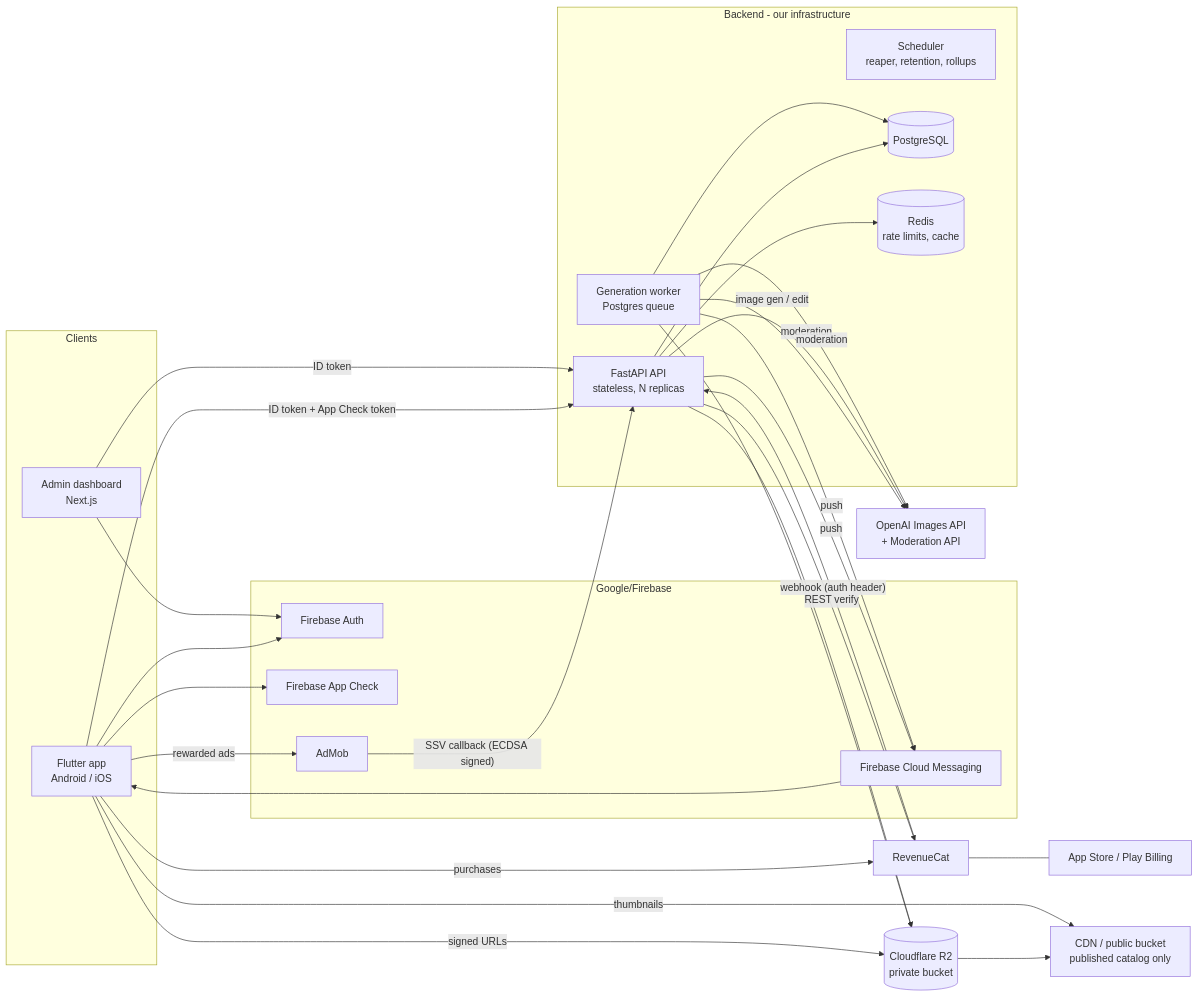
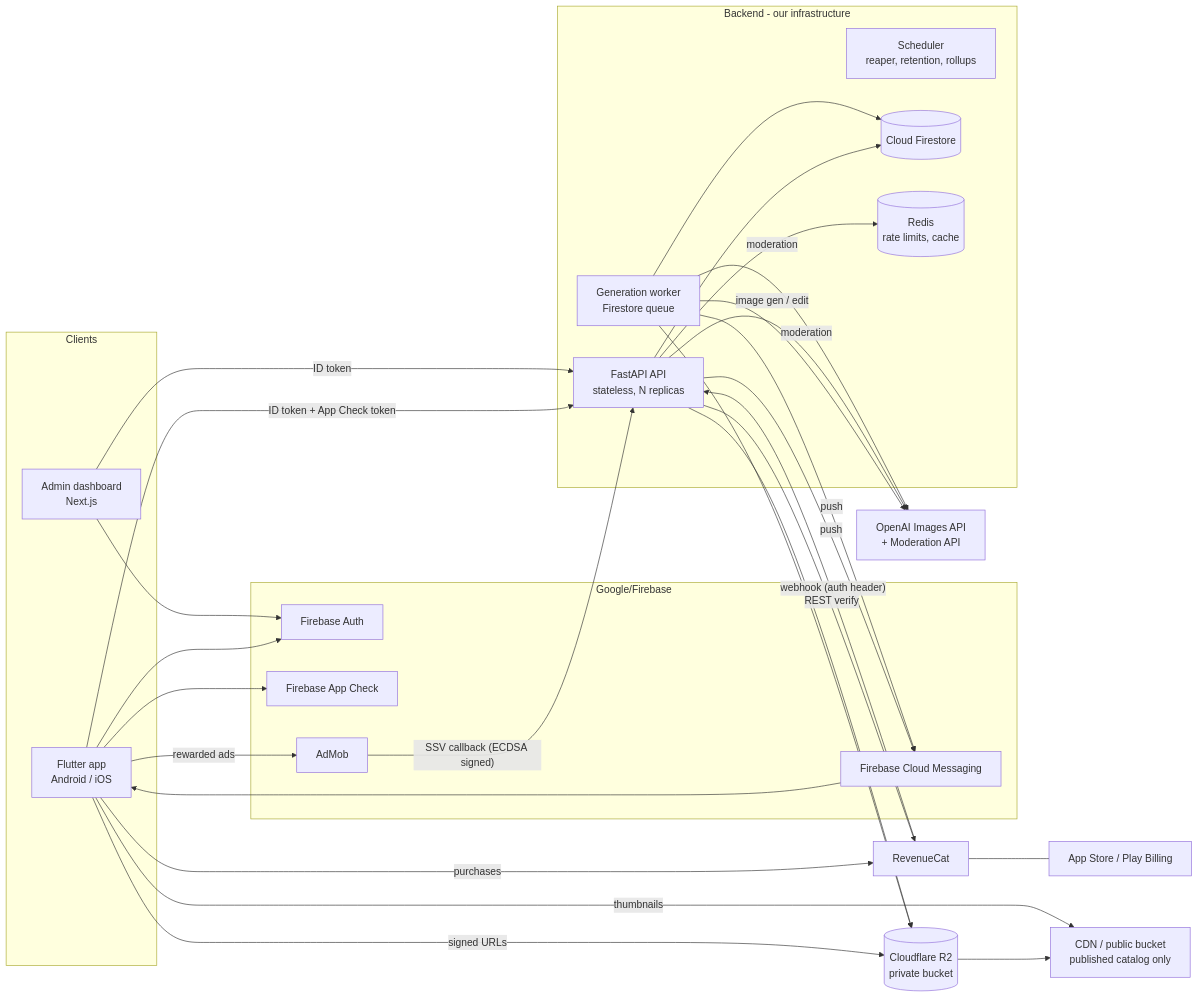
The diagram in docs/02-architecture.md (shamolmrm/wallora-ai), drawn with Mermaid before and after one commit. The commit also changed other lines of this file and 78 other files, not shown here.

````diff
--- a/docs/02-architecture.md
+++ b/docs/02-architecture.md
@@ -5,44 +5,44 @@
 ```mermaid
 flowchart LR
   subgraph Clients
     M[Flutter app<br/>Android / iOS]
     A[Admin dashboard<br/>Next.js]
   end
   subgraph Google/Firebase
     FA[Firebase Auth]
     AC[Firebase App Check]
     FCM[Firebase Cloud Messaging]
     ADM[AdMob]
   end
   RC[RevenueCat] --- ST[App Store / Play Billing]
   subgraph Backend [Backend - our infrastructure]
     API[FastAPI API<br/>stateless, N replicas]
-    W[Generation worker<br/>Postgres queue]
+    W[Generation worker<br/>Firestore queue]
     S[Scheduler<br/>reaper, retention, rollups]
-    PG[(PostgreSQL)]
+    PG[(Cloud Firestore)]
     R[(Redis<br/>rate limits, cache)]
   end
   OAI[OpenAI Images API<br/>+ Moderation API]
   R2[(Cloudflare R2<br/>private bucket)]
   CDN[CDN / public bucket<br/>published catalog only]
 
   M -- ID token + App Check token --> API
   A -- ID token --> API
   M --> FA & AC
   A --> FA
   M -- purchases --> RC
   M -- rewarded ads --> ADM
   RC -- webhook (auth header) --> API
   ADM -- SSV callback (ECDSA signed) --> API
   API -- REST verify --> RC
   API --> PG & R
   W --> PG
   W -- image gen / edit --> OAI
   API -- moderation --> OAI
   W -- moderation --> OAI
   W & API --> R2
   R2 --> CDN
   API & W -- push --> FCM --> M
   M -- signed URLs --> R2
   M -- thumbnails --> CDN
 ```
````
